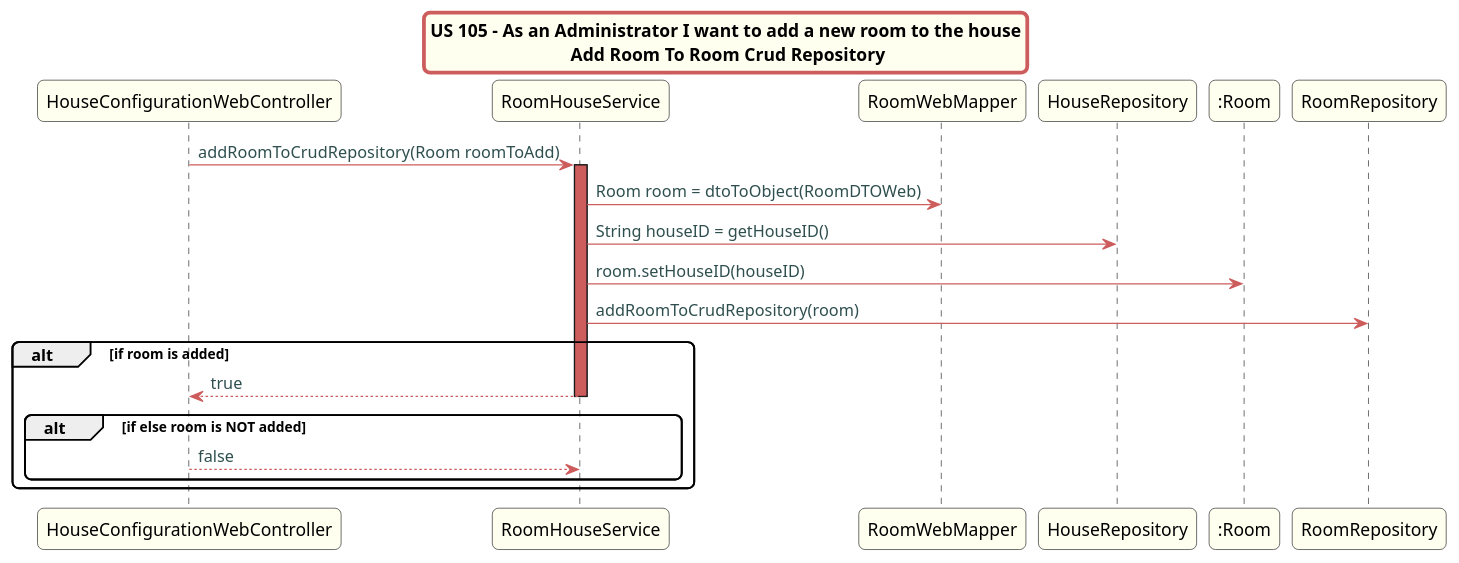
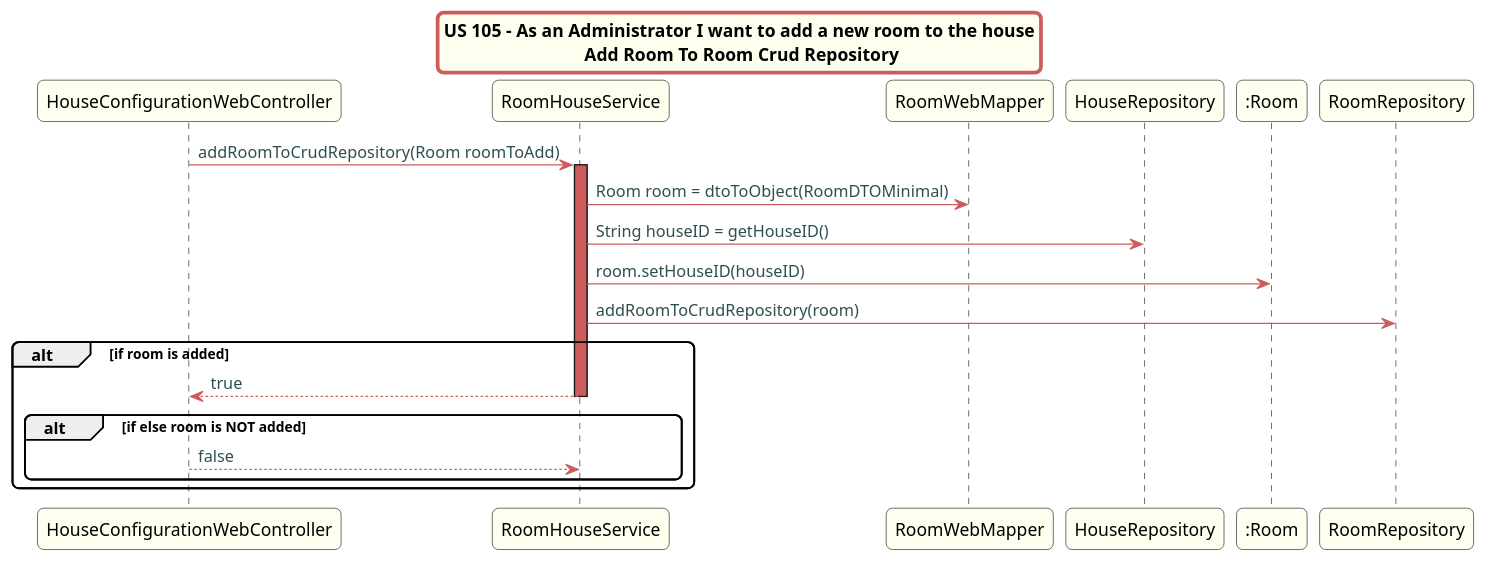
The diagram in src/doc/WEB_Controllers/HouseConfiguration/US105/addRoomDTOToRepository.puml (Almadanmp/project), drawn with PlantUML before and after one commit. The commit also changed 11 other files, not shown here.

```diff
--- a/src/doc/WEB_Controllers/HouseConfiguration/US105/addRoomDTOToRepository.puml
+++ b/src/doc/WEB_Controllers/HouseConfiguration/US105/addRoomDTOToRepository.puml
@@ -1,42 +1,42 @@
 @startuml
 skinparam titleBorderRoundCorner 10
 skinparam titleBorderThickness 3
 skinparam titleBorderColor indianred
 skinparam titleBackgroundColor ivory
 skinparam FontName quicksand
 
 skinparam actor {
  	BorderColor indianred
  	}
 
  skinparam sequence {
  	LifeLineBackgroundColor indianred
  	ParticipantBackgroundColor ivory
  }
 
  skinparam roundcorner 10
 
  skinparam component {
    arrowThickness 1
    ArrowFontName Verdana
    ArrowColor indianred
    ArrowFontColor darkslategrey
  }
 title US 105 - As an Administrator I want to add a new room to the house\n Add Room To Room Crud Repository
 
 "HouseConfigurationWebController" -> "RoomHouseService":  addRoomToCrudRepository(Room roomToAdd)
 activate "RoomHouseService"
-"RoomHouseService" -> "RoomWebMapper": Room room = dtoToObject(RoomDTOWeb)
+"RoomHouseService" -> "RoomWebMapper": Room room = dtoToObject(RoomDTOMinimal)
 "RoomHouseService" -> "HouseRepository": String houseID = getHouseID()
 "RoomHouseService" -> ":Room": room.setHouseID(houseID)
 
 "RoomHouseService" -> "RoomRepository": addRoomToCrudRepository(room)
 
 alt if room is added
 return true
 alt if else room is NOT added
 return false
 deactivate "RoomHouseService"
 end
 end
 @enduml
```
